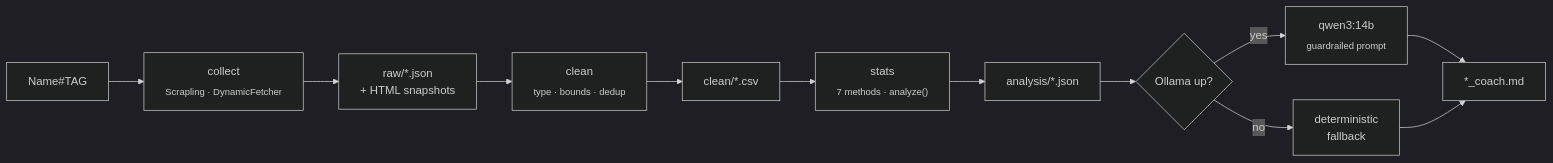
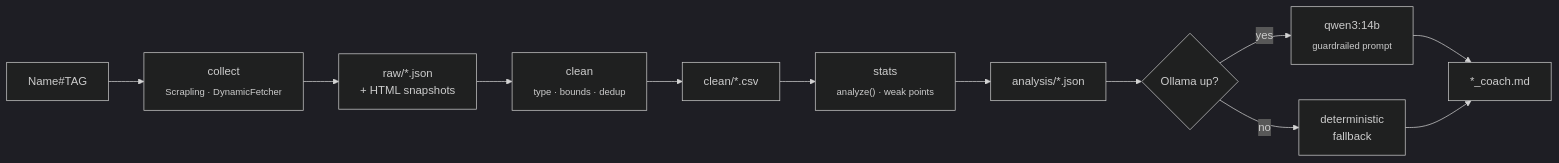
One commit to MonsieurNikko/VLCoach changed the diagram in README.md. Above: the diagram before and after it, drawn with Mermaid (dark theme). The commit also changed other lines of this file and 5 other files, not shown here.

First line of the commit message:
docs: align spec, design, plan, roadmap and README on weak points

````diff
--- a/README.md
+++ b/README.md
@@ -53,14 +60,14 @@
 ```mermaid
 flowchart LR
     A["Name#TAG"] --> B["collect<br/><sub>Scrapling · DynamicFetcher</sub>"]
     B --> C["raw/*.json<br/>+ HTML snapshots"]
     C --> D["clean<br/><sub>type · bounds · dedup</sub>"]
     D --> E["clean/*.csv"]
-    E --> F["stats<br/><sub>7 methods · analyze()</sub>"]
+    E --> F["stats<br/><sub>analyze() · weak points</sub>"]
     F --> G["analysis/*.json"]
     G --> H{"Ollama up?"}
     H -- yes --> I["qwen3:14b<br/><sub>guardrailed prompt</sub>"]
     H -- no --> J["deterministic<br/>fallback"]
     I --> K["*_coach.md"]
     J --> K
 ```
````
